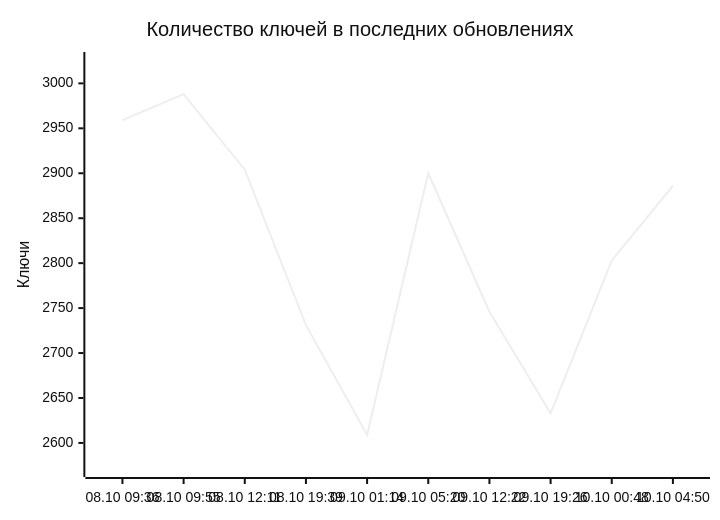
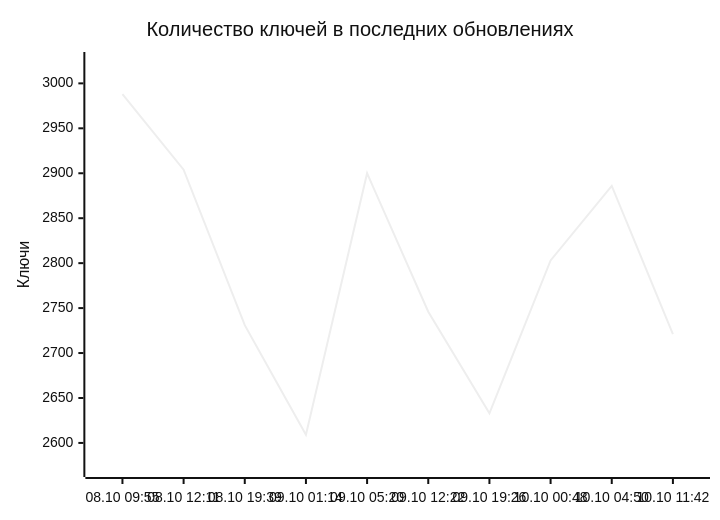
Before and after one commit to markKikhtenko/WireVeil: the diagram in README.md, drawn with Mermaid (neutral theme). The commit also changed other lines of this file and 12 other files, not shown here.

````diff
--- a/README.md
+++ b/README.md
@@ -55,7 +55,7 @@
 ```mermaid
 xychart-beta
     title "Количество ключей в последних обновлениях"
-    x-axis ["08.10 09:36", "08.10 09:55", "08.10 12:11", "08.10 19:39", "09.10 01:14", "09.10 05:20", "09.10 12:22", "09.10 19:26", "10.10 00:48", "10.10 04:50"]
+    x-axis ["08.10 09:55", "08.10 12:11", "08.10 19:39", "09.10 01:14", "09.10 05:20", "09.10 12:22", "09.10 19:26", "10.10 00:48", "10.10 04:50", "10.10 11:42"]
     y-axis "Ключи" 2571 --> 3026
-    line [2959, 2988, 2904, 2731, 2609, 2900, 2746, 2633, 2803, 2886]
+    line [2988, 2904, 2731, 2609, 2900, 2746, 2633, 2803, 2886, 2721]
 ```
````
